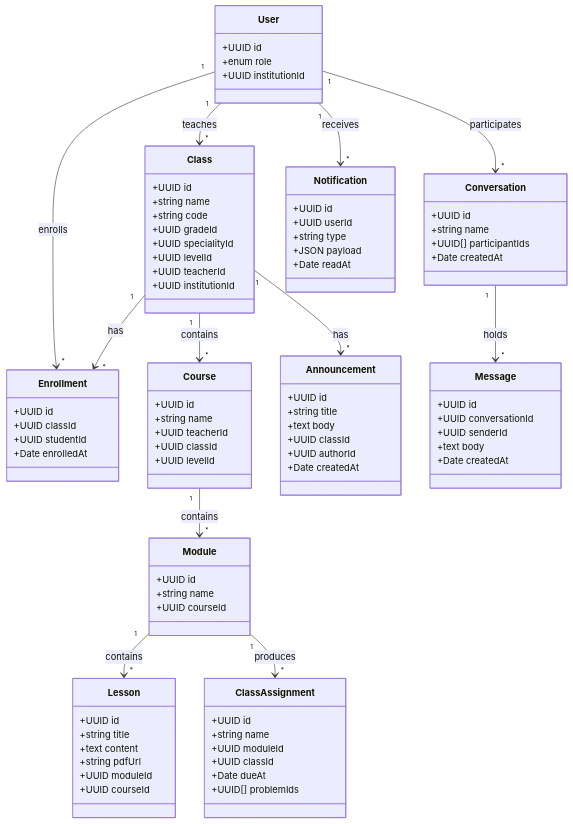
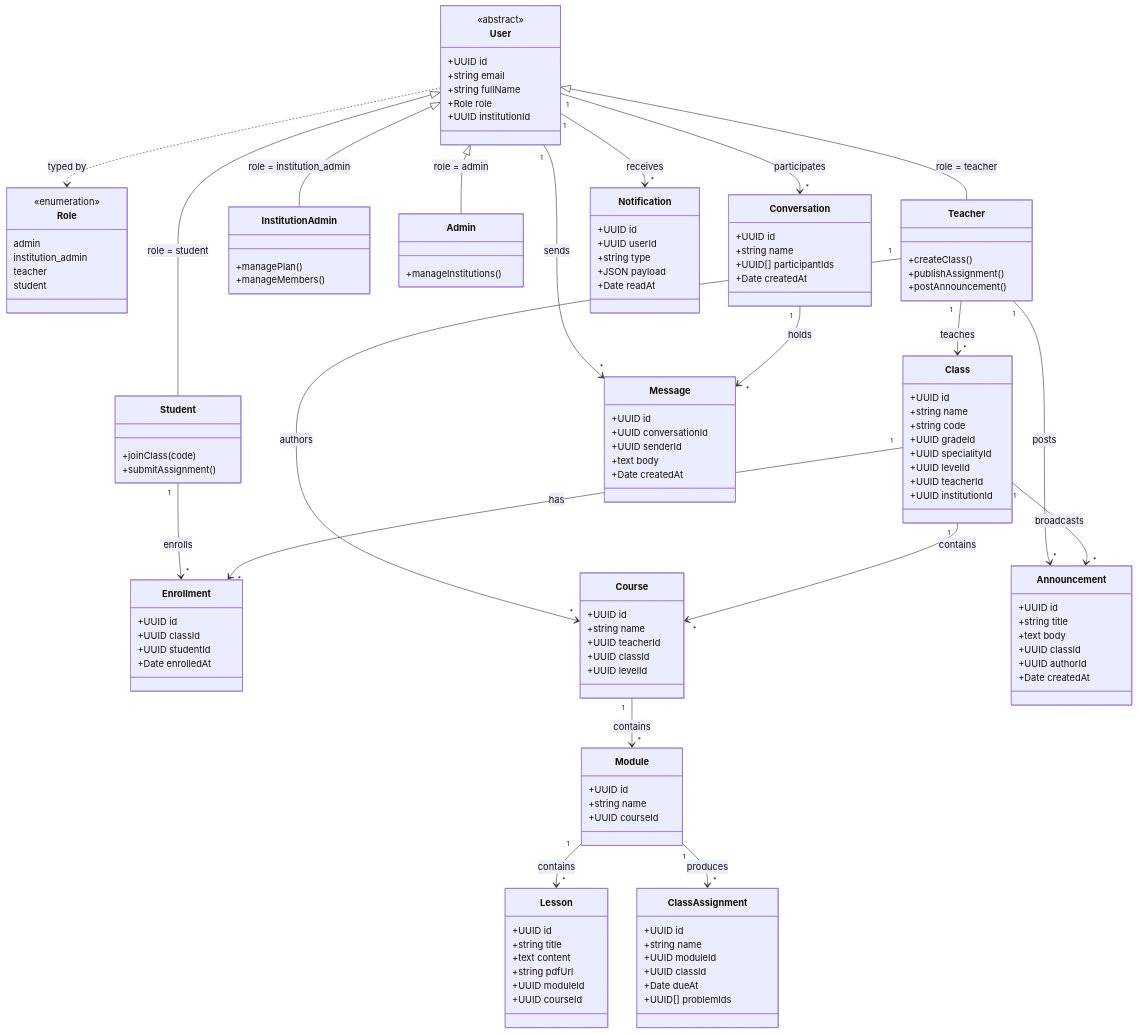
The sixth of 8 diagrams in docs/07_chapitre5_sprint3.md (MaizaAymen/OmniLearn), drawn with Mermaid before and after one commit. The commit also changed other lines of this file, not shown here.

````diff
--- a/docs/07_chapitre5_sprint3.md
+++ b/docs/07_chapitre5_sprint3.md
@@ -540,10 +542,45 @@
 ```mermaid
 classDiagram
+  %% ── Actor hierarchy (role discriminator) ─────────────────
   class User {
+    <<abstract>>
     +UUID id
-    +enum role
+    +string email
+    +string fullName
+    +Role role
     +UUID institutionId
   }
+  class Role {
+    <<enumeration>>
+    admin
+    institution_admin
+    teacher
+    student
+  }
+  class Teacher {
+    +createClass()
+    +publishAssignment()
+    +postAnnouncement()
+  }
+  class Student {
+    +joinClass(code)
+    +submitAssignment()
+  }
+  class InstitutionAdmin {
+    +managePlan()
+    +manageMembers()
+  }
+  class Admin {
+    +manageInstitutions()
+  }
+
+  User <|-- Teacher          : role = teacher
+  User <|-- Student          : role = student
+  User <|-- InstitutionAdmin : role = institution_admin
+  User <|-- Admin            : role = admin
+  User ..> Role              : typed by
+
+  %% ── Domain entities ──────────────────────────────────────
   class Class {
     +UUID id
     +string name
@@ -617,15 +654,23 @@
     +Date readAt
   }
 
-  User "1"  --> "*" Class       : teaches
-  User "1"  --> "*" Enrollment  : enrolls
-  Class "1" --> "*" Enrollment  : has
-  Class "1" --> "*" Course      : contains
-  Course "1" --> "*" Module     : contains
-  Module "1" --> "*" Lesson     : contains
-  Module "1" --> "*" ClassAssignment : produces
-  Class "1" --> "*" Announcement     : has
-  User  "1" --> "*" Conversation     : participates
-  Conversation "1" --> "*" Message   : holds
-  User  "1" --> "*" Notification     : receives
+  %% ── Role-specific associations ──────────────────────────
+  Teacher "1"  --> "*" Class           : teaches
+  Teacher "1"  --> "*" Course          : authors
+  Teacher "1"  --> "*" Announcement    : posts
+  Student "1"  --> "*" Enrollment      : enrolls
+
+  %% ── Structural associations ─────────────────────────────
+  Class   "1" --> "*" Enrollment       : has
+  Class   "1" --> "*" Course           : contains
+  Course  "1" --> "*" Module           : contains
+  Module  "1" --> "*" Lesson           : contains
+  Module  "1" --> "*" ClassAssignment  : produces
+  Class   "1" --> "*" Announcement     : broadcasts
+
+  %% ── Cross-role associations (any authenticated user) ───
+  User    "1" --> "*" Conversation     : participates
+  User    "1" --> "*" Message          : sends
+  Conversation "1" --> "*" Message     : holds
+  User    "1" --> "*" Notification     : receives
 ```
````
